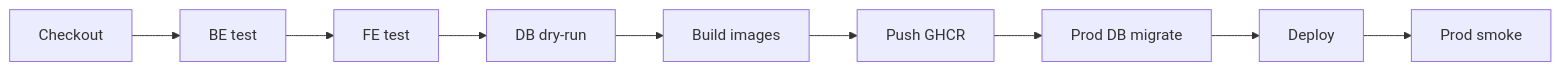
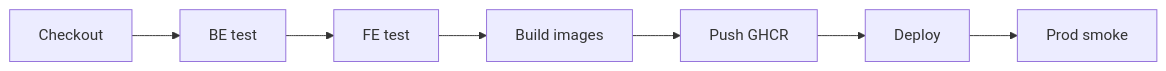
Before and after one commit to k971230/haccp: the second of 2 diagrams in docs/20_배포_런북.md, drawn with Mermaid. The commit also changed other lines of this file and 3 other files, not shown here.

First line of the commit message:
ci(infra): Jenkins에서 DB migrate·dry-run 스테이지 제거

````diff
--- a/docs/20_배포_런북.md
+++ b/docs/20_배포_런북.md
@@ -554,11 +554,9 @@
 ```mermaid
 flowchart LR
   A[Checkout] --> B[BE test]
   B --> C[FE test]
-  C --> D[DB dry-run]
-  D --> E[Build images]
-  E --> F[Push GHCR]
-  F --> G[Prod DB migrate]
-  G --> H[Deploy]
-  H --> I[Prod smoke]
+  C --> D[Build images]
+  D --> E[Push GHCR]
+  E --> F[Deploy]
+  F --> G[Prod smoke]
 ```
````
